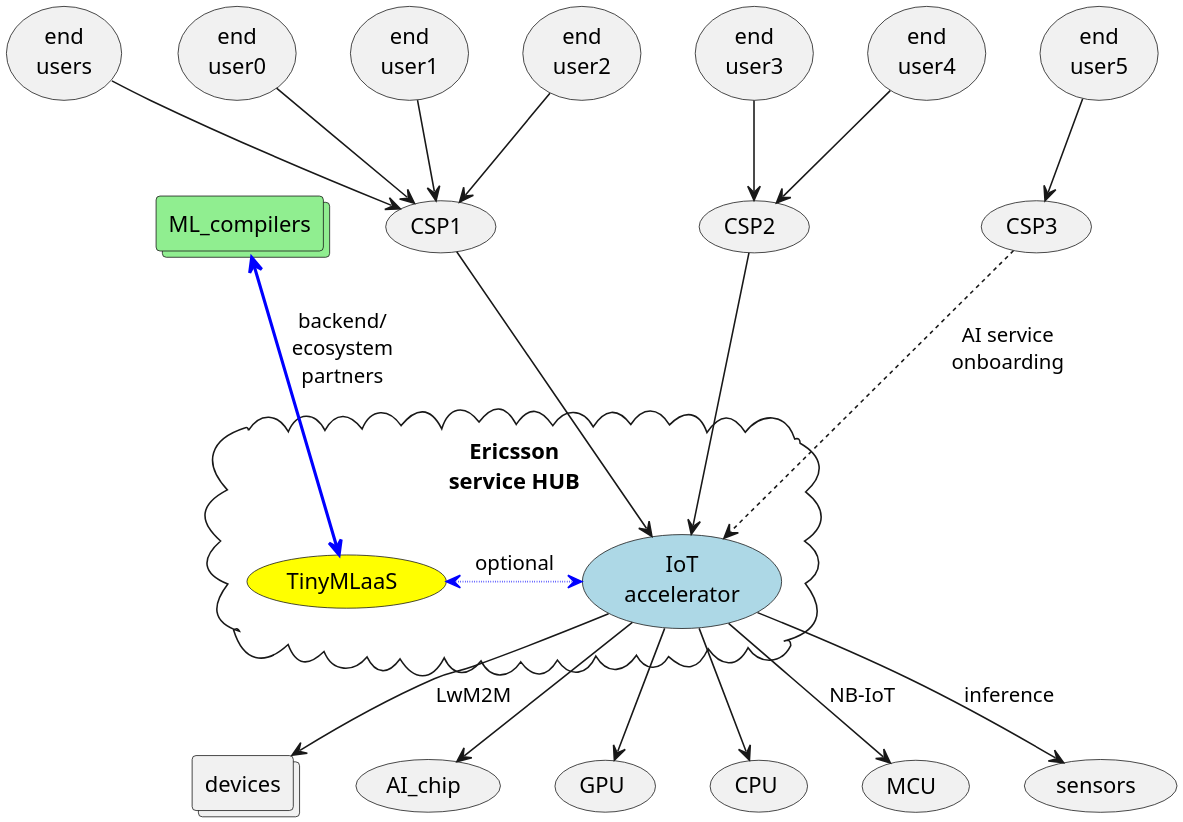
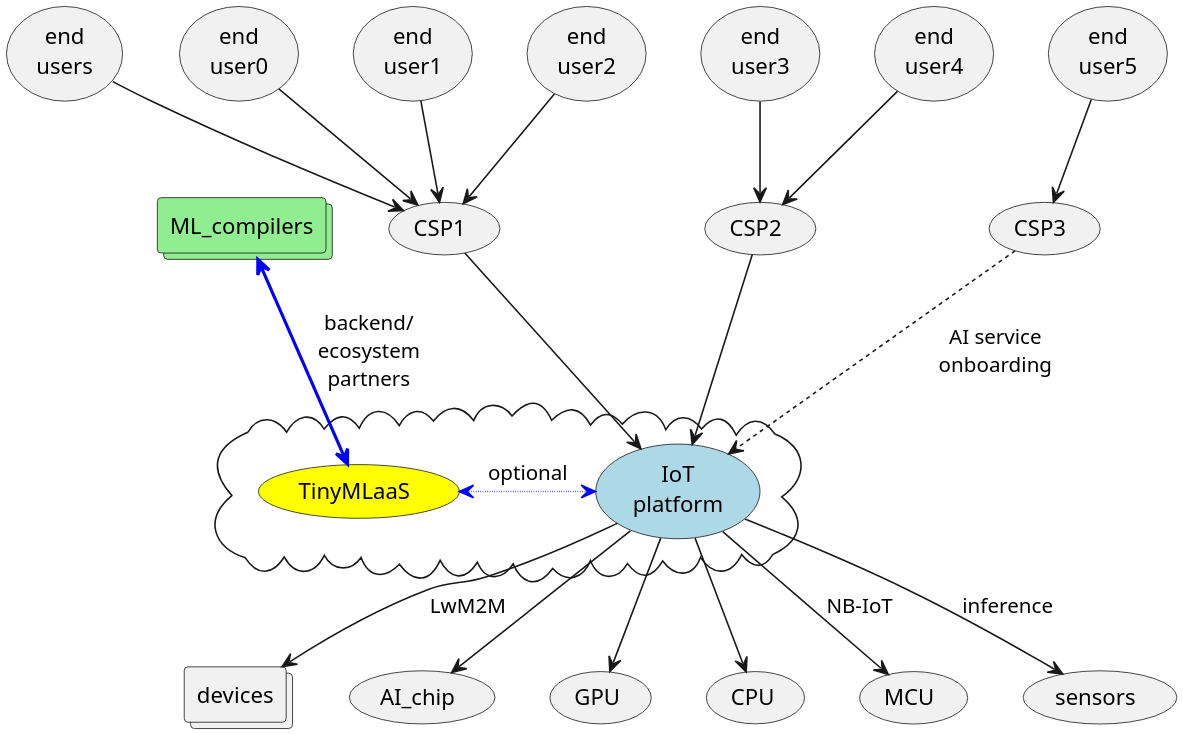
One commit to doyu/elc2019 changed the diagram in etarget.puml. Above: the diagram before and after it, drawn with PlantUML. The commit also changed 1 other file, not shown here.

```diff
--- a/etarget.puml
+++ b/etarget.puml
@@ -1,36 +1,36 @@
 @startuml
 scale 2048 width
 
 (end\nusers) -down-> (CSP1)
 (end\nuser0) -down-> (CSP1)
 (end\nuser1) -down-> (CSP1)
 (end\nuser2) -down-> (CSP1)
 
 (end\nuser3) -down-> (CSP2)
 (end\nuser4) -down-> (CSP2)
 
 (end\nuser5) -down-> (CSP3)
 
-cloud "**Ericsson**\n**service HUB**\n" {
+cloud {
         (TinyMLaaS) #yellow
-        (IoT\naccelerator) #lightblue
-        (TinyMLaaS) <-[#blue,bold,dotted]> (IoT\naccelerator) : optional
+        (IoT\nplatform) #lightblue
+        (TinyMLaaS) <-[#blue,bold,dotted]> (IoT\nplatform) : optional
 }
 
-(CSP1) -down-> (IoT\naccelerator)
-(CSP2) -down-> (IoT\naccelerator)
+(CSP1) -down-> (IoT\nplatform)
+(CSP2) -down-> (IoT\nplatform)
 
-(CSP3) .down-> (IoT\naccelerator) : "AI service\nonboarding"
+(CSP3) .down-> (IoT\nplatform) : "AI service\nonboarding"
 
 collections devices
-(IoT\naccelerator) -down-> (AI_chip)
-(IoT\naccelerator) -down-> (GPU)
-(IoT\naccelerator) -down-> (CPU)
-(IoT\naccelerator) -down-> (MCU) : NB-IoT
-(IoT\naccelerator) -down-> (sensors) : inference
-(IoT\naccelerator) -down-> devices : LwM2M
+(IoT\nplatform) -down-> (AI_chip)
+(IoT\nplatform) -down-> (GPU)
+(IoT\nplatform) -down-> (CPU)
+(IoT\nplatform) -down-> (MCU) : NB-IoT
+(IoT\nplatform) -down-> (sensors) : inference
+(IoT\nplatform) -down-> devices : LwM2M
 
 collections ML_compilers #lightgreen
 (TinyMLaaS) <-[#blue,bold]up-> ML_compilers : "backend/\necosystem\npartners"
 
 @enduml
```
